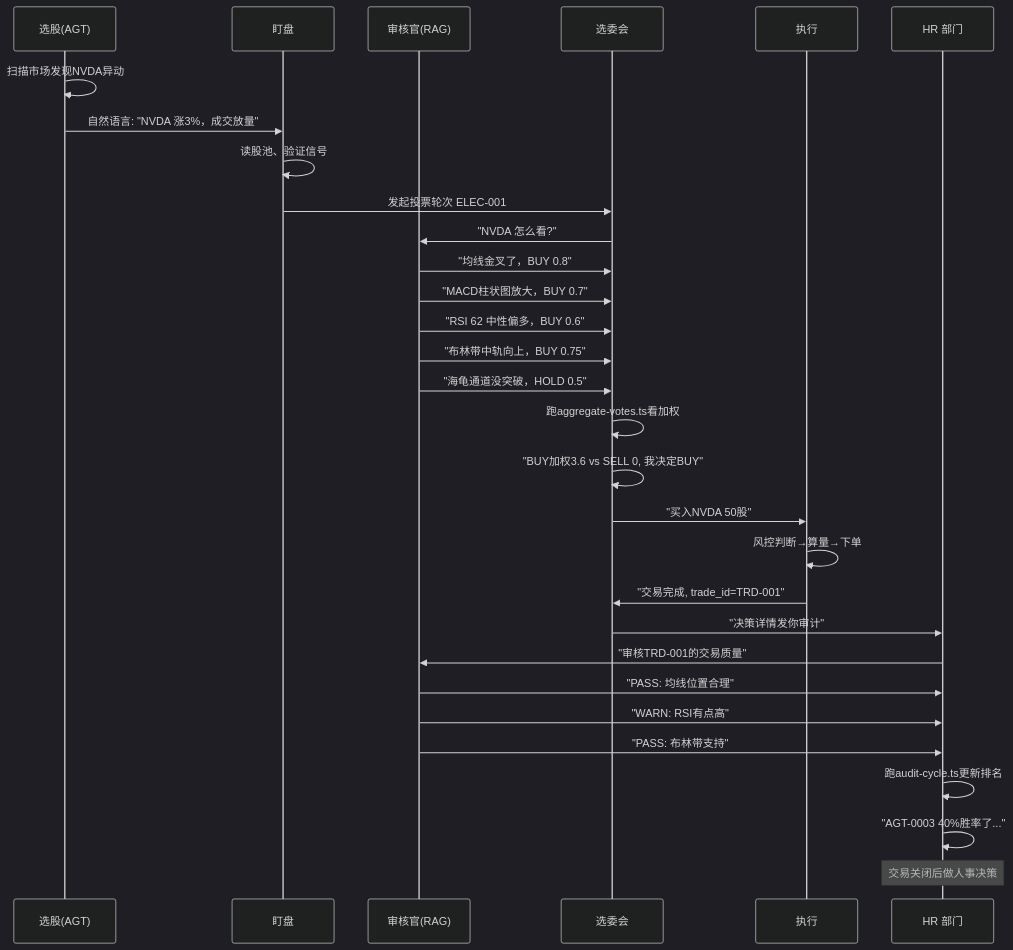
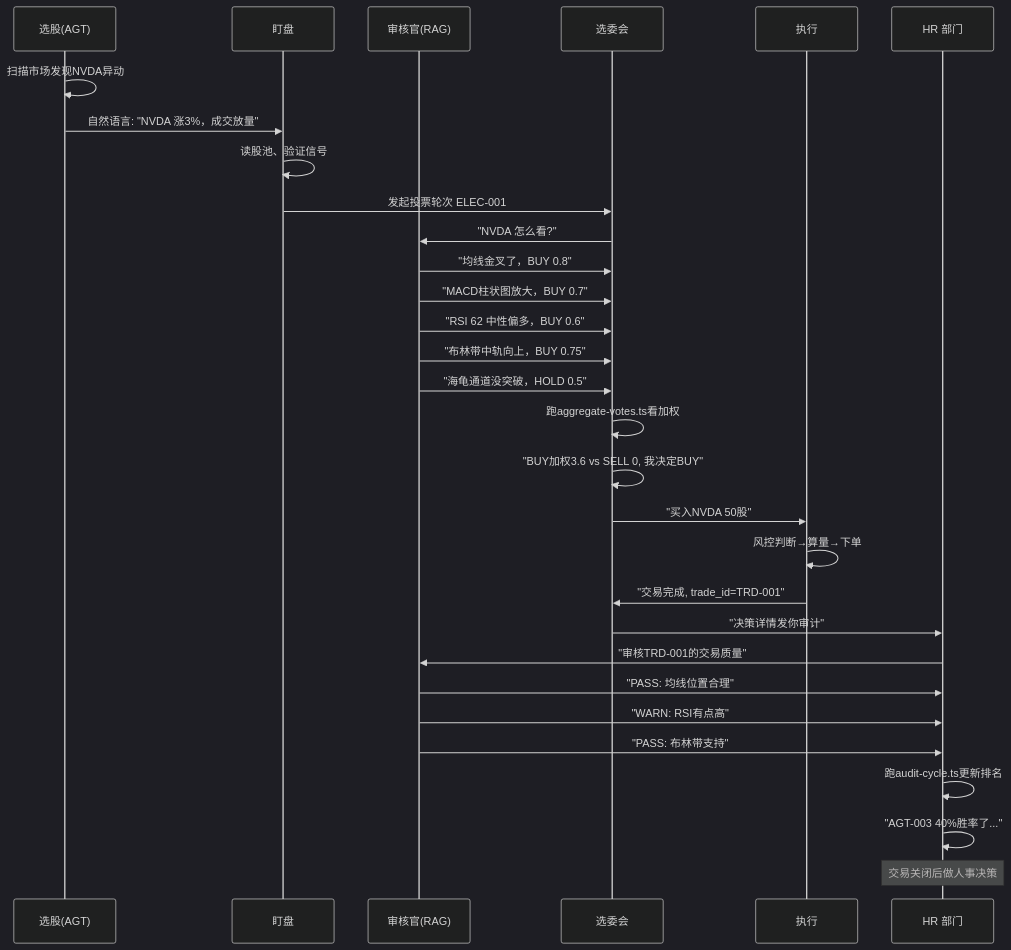
The sixth of 6 diagrams in docs/architecture.md (fantian007/hermes-trading-system), drawn with Mermaid (dark theme) before and after one commit. The commit also changed other lines of this file and 17 other files, not shown here.

````diff
--- a/docs/architecture.md
+++ b/docs/architecture.md
@@ -456,33 +456,33 @@
 ```mermaid
 sequenceDiagram
     participant S as 选股(AGT)
     participant W as 盯盘
     participant R as 审核官(RAG)
     participant EC as 选委会
     participant EX as 执行
     participant A as HR 部门
 
     S->>S: 扫描市场发现NVDA异动
     S->>W: 自然语言: "NVDA 涨3%，成交放量"
     W->>W: 读股池、验证信号
     W->>EC: 发起投票轮次 ELEC-001
     EC->>R: "NVDA 怎么看?"
     R->>EC: "均线金叉了，BUY 0.8"
     R->>EC: "MACD柱状图放大，BUY 0.7"
     R->>EC: "RSI 62 中性偏多，BUY 0.6"
     R->>EC: "布林带中轨向上，BUY 0.75"
     R->>EC: "海龟通道没突破，HOLD 0.5"
     EC->>EC: 跑aggregate-votes.ts看加权
     EC->>EC: "BUY加权3.6 vs SELL 0, 我决定BUY"
     EC->>EX: "买入NVDA 50股"
     EX->>EX: 风控判断→算量→下单
     EX->>EC: "交易完成, trade_id=TRD-001"
     EC->>A: "决策详情发你审计"
     A->>R: "审核TRD-001的交易质量"
     R->>A: "PASS: 均线位置合理"
     R->>A: "WARN: RSI有点高"
     R->>A: "PASS: 布林带支持"
     A->>A: 跑audit-cycle.ts更新排名
-    A->>A: "AGT-0003 40%胜率了..."
+    A->>A: "AGT-003 40%胜率了..."
     Note over A: 交易关闭后做人事决策
 ```
````
